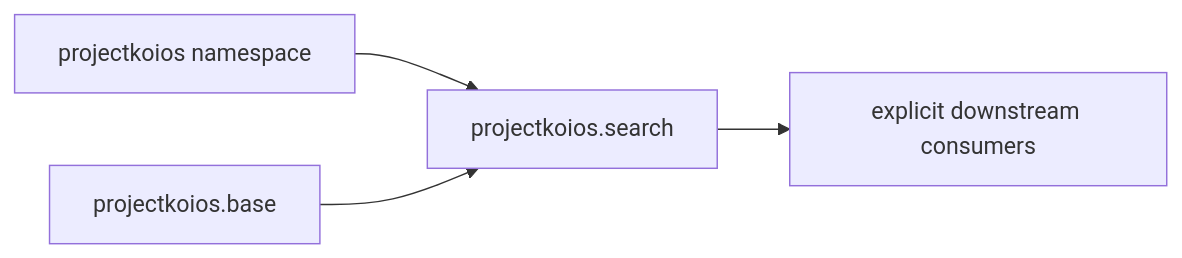
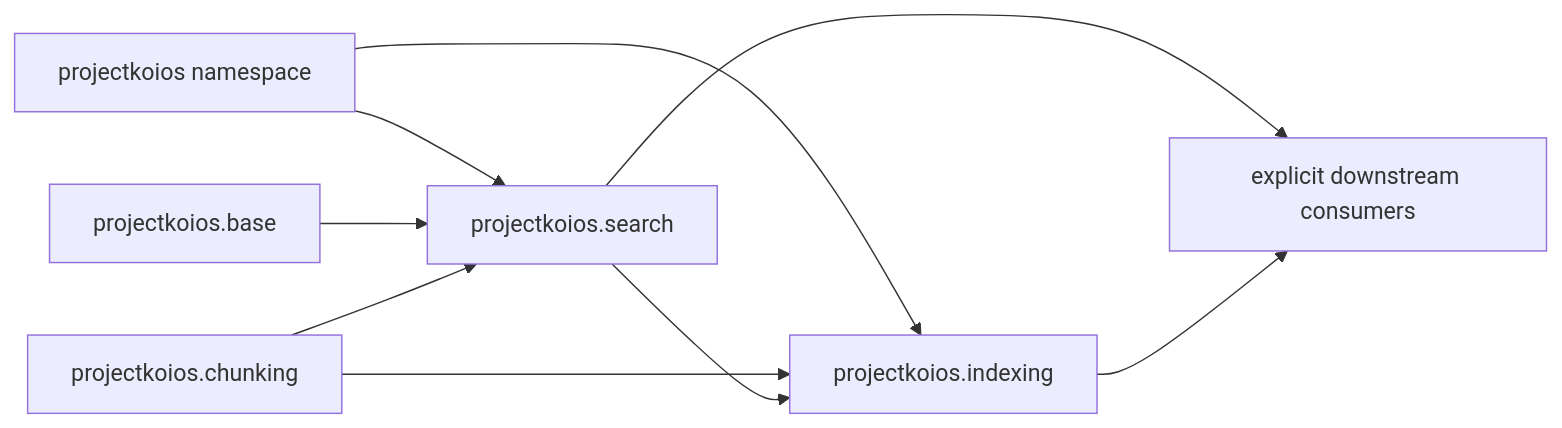
The diagram in docs/architecture/projectkoios/schematic.md (eragasa/projectkoios-search), drawn with Mermaid before and after one commit. The commit also changed other lines of this file and 53 other files, not shown here.

Commit message:
docs: complete source-mirrored search architecture

````diff
--- a/docs/architecture/projectkoios/schematic.md
+++ b/docs/architecture/projectkoios/schematic.md
@@ -3,6 +3,11 @@
 ```mermaid
 flowchart LR
     Namespace["projectkoios namespace"] --> Search["projectkoios.search"]
-    Core["projectkoios.base"] --> Search
+    Namespace --> Indexing["projectkoios.indexing"]
+    Base["projectkoios.base"] --> Search
+    Chunking["projectkoios.chunking"] --> Search
+    Chunking --> Indexing
+    Search --> Indexing
     Search --> Consumers["explicit downstream consumers"]
+    Indexing --> Consumers
 ```
````
